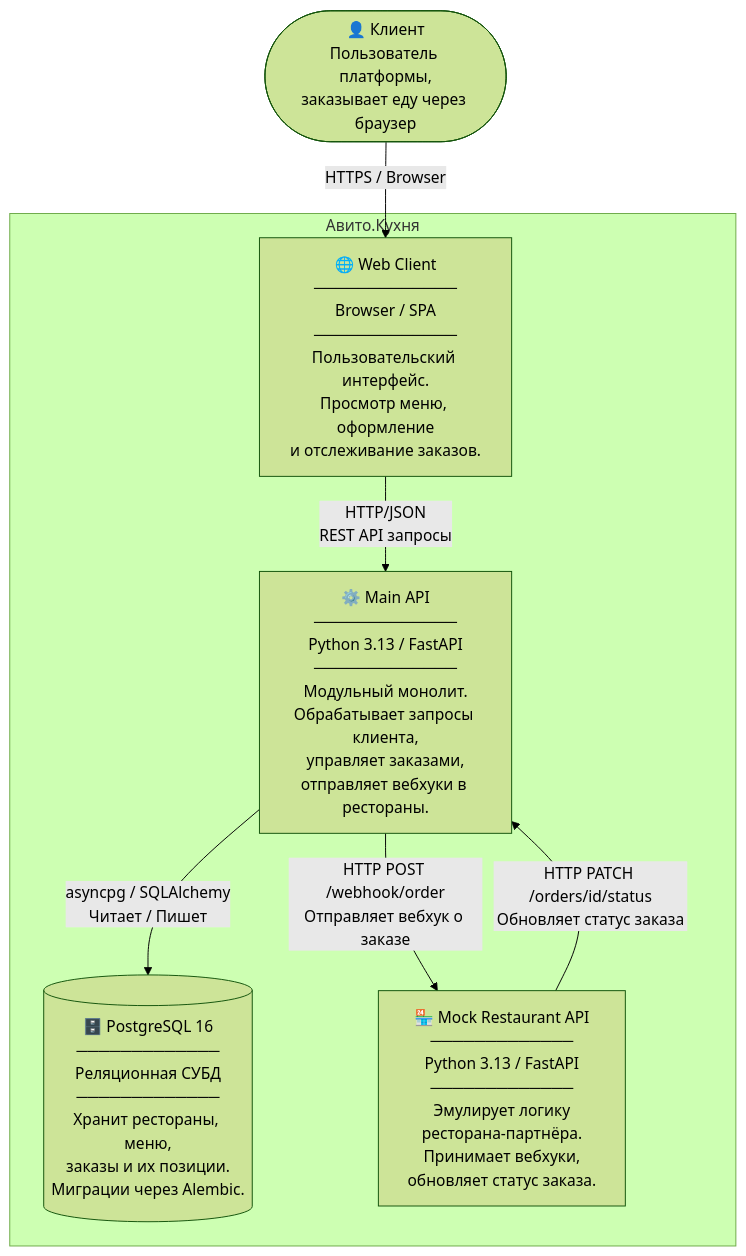
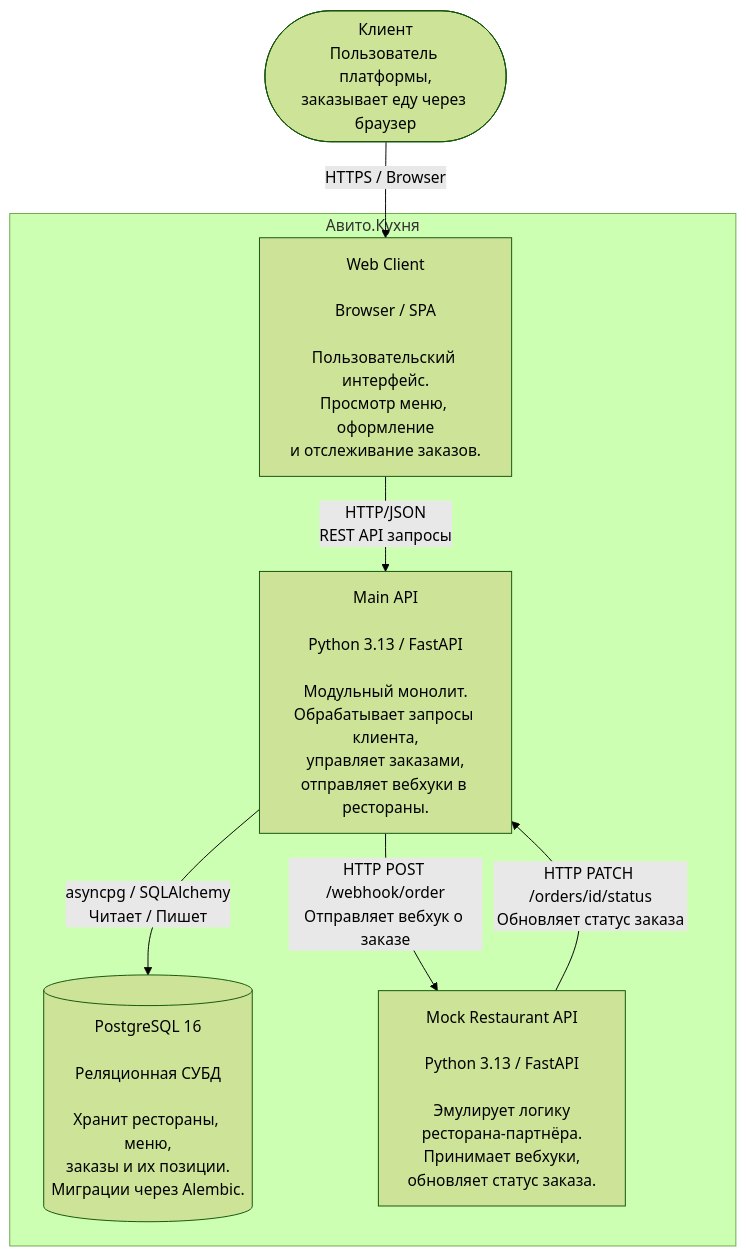
The second of 4 diagrams in README.md (volychev/backend-trainee-assignment-autumn-2026-flow-2-volychev-e73f7e93), drawn with Mermaid (forest theme) before and after one commit. The commit also changed other lines of this file and 3 other files, not shown here.

````diff
--- a/README.md
+++ b/README.md
@@ -82,20 +82,20 @@
 ```mermaid
 flowchart TD
-    USER(["👤 Клиент\nПользователь платформы,\nзаказывает еду через браузер"])
+    USER([" Клиент\nПользователь платформы,\nзаказывает еду через браузер"])
 
     subgraph SYSTEM["Авито.Кухня"]
-        WEB["🌐 Web Client\n─────────────\nBrowser / SPA\n─────────────\nПользовательский интерфейс.\nПросмотр меню, оформление\nи отслеживание заказов."]
+        WEB[" Web Client\n\nBrowser / SPA\n\nПользовательский интерфейс.\nПросмотр меню, оформление\nи отслеживание заказов."]
 
-        API["⚙️ Main API\n─────────────\nPython 3.13 / FastAPI\n─────────────\nМодульный монолит.\nОбрабатывает запросы клиента,\nуправляет заказами,\nотправляет вебхуки в рестораны."]
+        API[" Main API\n\nPython 3.13 / FastAPI\n\nМодульный монолит.\nОбрабатывает запросы клиента,\nуправляет заказами,\nотправляет вебхуки в рестораны."]
 
-        DB[("🗄️ PostgreSQL 16\n─────────────\nРеляционная СУБД\n─────────────\nХранит рестораны, меню,\nзаказы и их позиции.\nМиграции через Alembic.")]
+        DB[(" PostgreSQL 16\n\nРеляционная СУБД\n\nХранит рестораны, меню,\nзаказы и их позиции.\nМиграции через Alembic.")]
 
-        MOCK["🏪 Mock Restaurant API\n─────────────\nPython 3.13 / FastAPI\n─────────────\nЭмулирует логику\nресторана-партнёра.\nПринимает вебхуки,\nобновляет статус заказа."]
+        MOCK[" Mock Restaurant API\n\nPython 3.13 / FastAPI\n\nЭмулирует логику\nресторана-партнёра.\nПринимает вебхуки,\nобновляет статус заказа."]
     end
 
     USER -- "HTTPS / Browser" --> WEB
     WEB -- "HTTP/JSON\nREST API запросы" --> API
     API -- "asyncpg / SQLAlchemy\nЧитает / Пишет" --> DB
     API -- "HTTP POST /webhook/order\nОтправляет вебхук о заказе" --> MOCK
     MOCK -- "HTTP PATCH /orders/id/status\nОбновляет статус заказа" --> API
 ```
````
